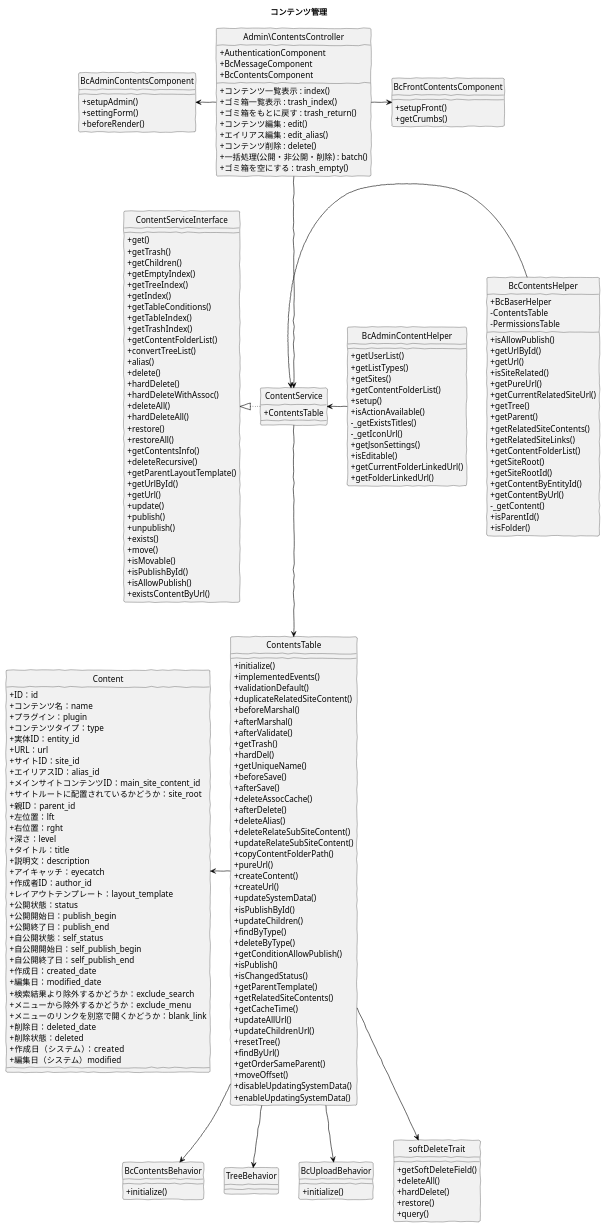
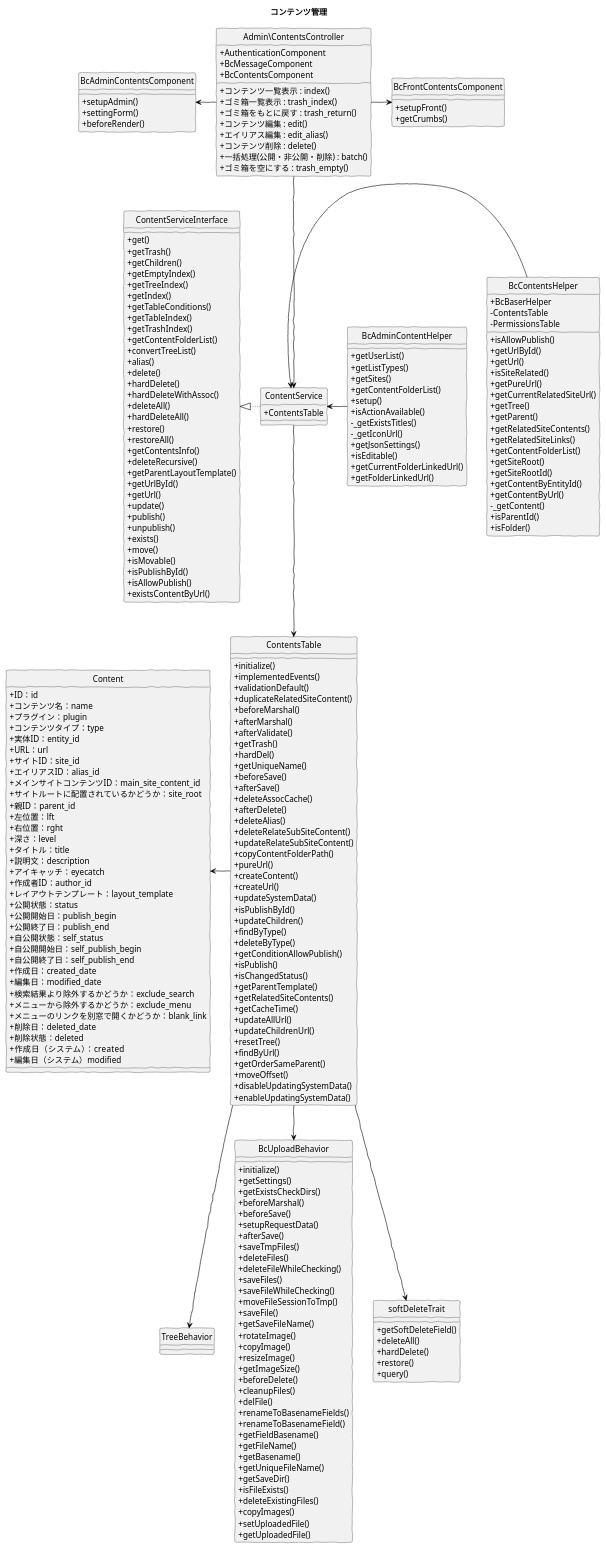
One commit to baserproject/baserproject.github.io changed the diagram in src/puml/5/ucmitz/class/manage_contents.puml. Above: the diagram before and after it, drawn with PlantUML. The commit also changed 6 other files, not shown here.

```diff
--- a/src/puml/5/ucmitz/class/manage_contents.puml
+++ b/src/puml/5/ucmitz/class/manage_contents.puml
@@ -189,15 +189,44 @@
   + existsContentByUrl()
 }
 
-class BcContentsBehavior {
-  + initialize()
-}
-
 class TreeBehavior {
 }
 
 class BcUploadBehavior {
   + initialize()
+  + getSettings()
+  + getExistsCheckDirs()
+  + beforeMarshal()
+  + beforeSave()
+  + setupRequestData()
+  + afterSave()
+  + saveTmpFiles()
+  + deleteFiles()
+  + deleteFileWhileChecking()
+  + saveFiles()
+  + saveFileWhileChecking()
+  + moveFileSessionToTmp()
+  + saveFile()
+  + getSaveFileName()
+  + rotateImage()
+  + copyImage()
+  + resizeImage()
+  + getImageSize()
+  + beforeDelete()
+  + cleanupFiles()
+  + delFile()
+  + renameToBasenameFields()
+  + renameToBasenameField()
+  + getFieldBasename()
+  + getFileName()
+  + getBasename()
+  + getUniqueFileName()
+  + getSaveDir()
+  + isFileExists()
+  + deleteExistingFiles()
+  + copyImages()
+  + setUploadedFile()
+  + getUploadedFile()
 }
 
 class softDeleteTrait {
@@ -219,7 +248,6 @@
 ContentService -down[#Black]-> ContentsTable
 ContentsTable -left[#Black]-> Content
 
-ContentsTable -down[#Black]-> BcContentsBehavior
 ContentsTable -down[#Black]-> TreeBehavior
 ContentsTable -down[#Black]-> BcUploadBehavior
 ContentsTable -down[#Black]-> softDeleteTrait
```
